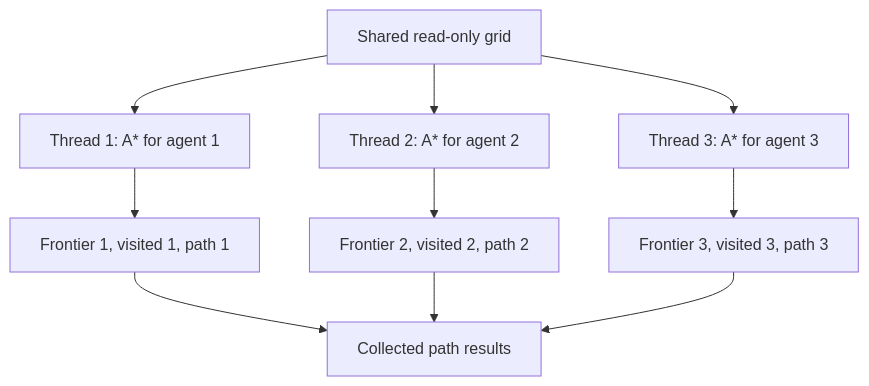
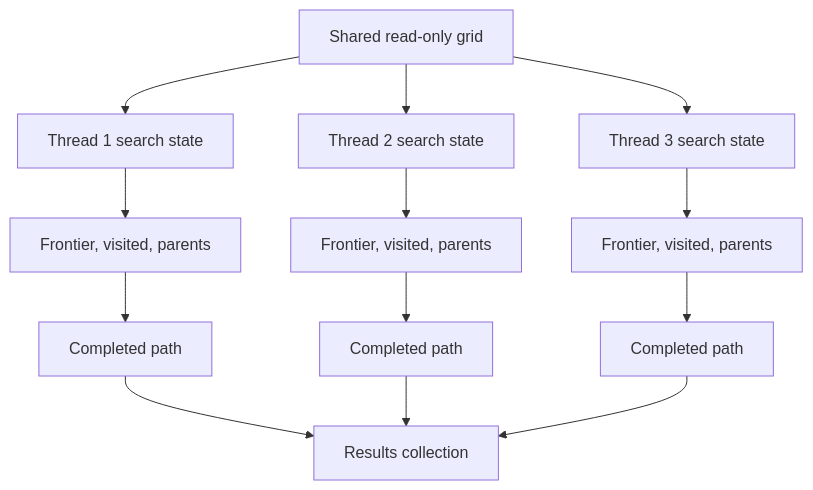
The third of 4 diagrams in README.md (Berthou05/TC2037-Paradigm), drawn with Mermaid before and after one commit. The commit also changed other lines of this file and 20 other files, not shown here.

Commit message:
Updated version with mermaid and visualization

````diff
--- a/README.md
+++ b/README.md
@@ -394,14 +306,15 @@
 ```mermaid
 flowchart TD
-    A[Shared read-only grid] --> B[Thread 1: A* for agent 1]
-    A --> C[Thread 2: A* for agent 2]
-    A --> D[Thread 3: A* for agent 3]
-
-    B --> E[Frontier 1, visited 1, path 1]
-    C --> F[Frontier 2, visited 2, path 2]
-    D --> G[Frontier 3, visited 3, path 3]
-
-    E --> H[Collected path results]
-    F --> H
-    G --> H
+    A["Shared read-only grid"] --> B["Thread 1 search state"]
+    A --> C["Thread 2 search state"]
+    A --> D["Thread 3 search state"]
+    B --> E["Frontier, visited, parents"]
+    C --> F["Frontier, visited, parents"]
+    D --> G["Frontier, visited, parents"]
+    E --> H["Completed path"]
+    F --> I["Completed path"]
+    G --> J["Completed path"]
+    H --> K["Results collection"]
+    I --> K
+    J --> K
 ```
````
